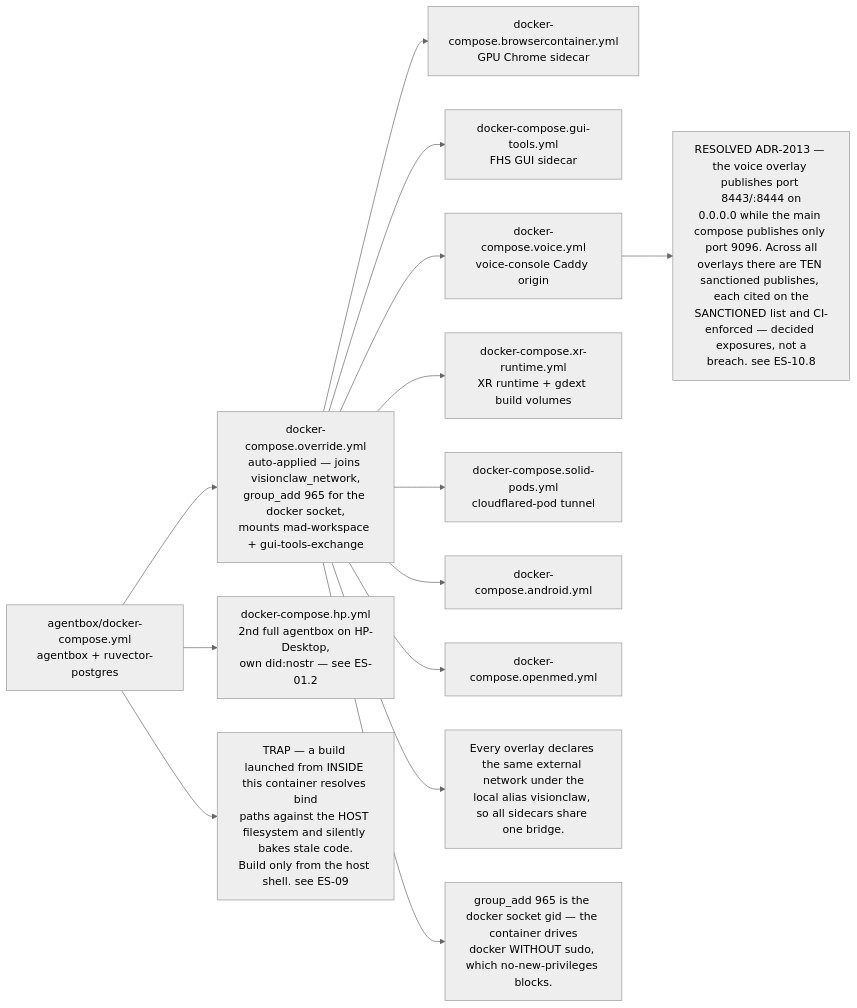
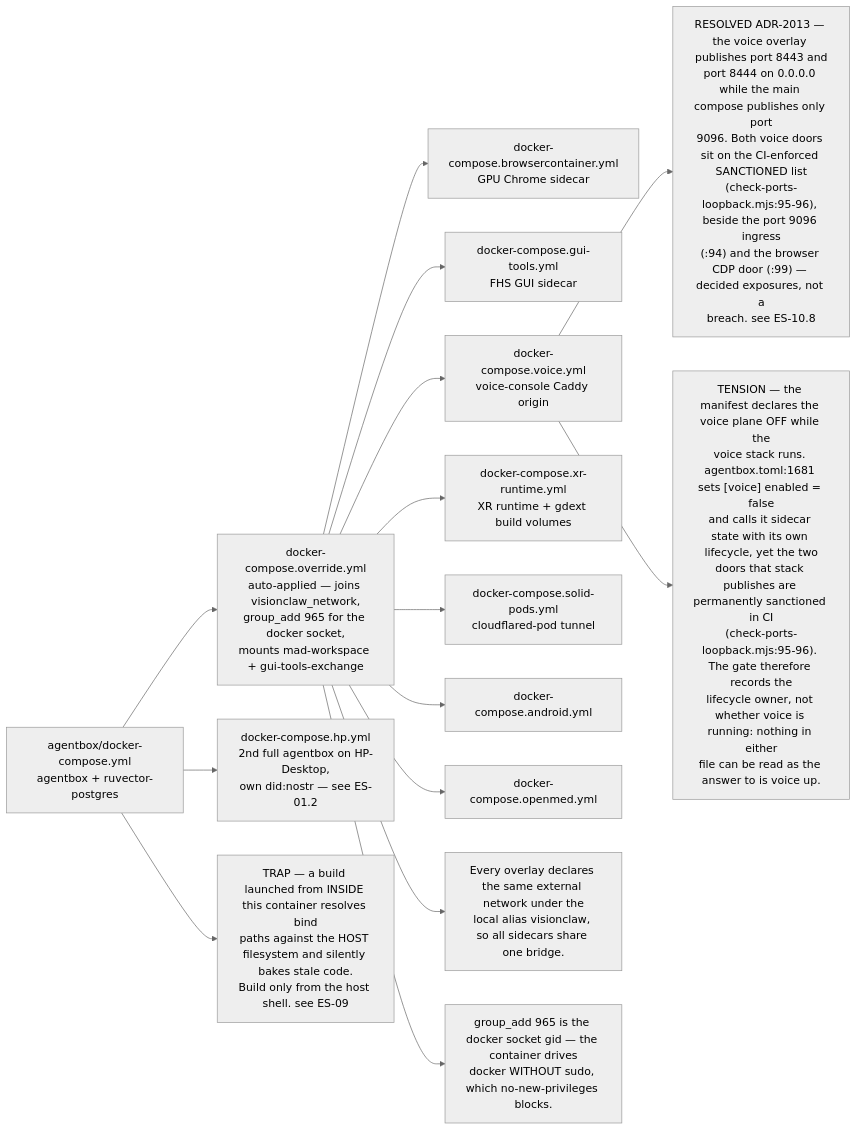
Before and after one commit to DreamLab-AI/VisionFlow: the fifth of 8 diagrams in docs/diagrams/estate/01-estate-topology.md, drawn with Mermaid (neutral theme). The commit also changed other lines of this file and 12 other files, not shown here.

````diff
--- a/docs/diagrams/estate/01-estate-topology.md
+++ b/docs/diagrams/estate/01-estate-topology.md
@@ -192,33 +202,35 @@
 ```mermaid
 flowchart LR
     BASE["agentbox/docker-compose.yml<br/>agentbox + ruvector-postgres"]
     OV["docker-compose.override.yml<br/>auto-applied — joins visionclaw_network,<br/>group_add 965 for the docker socket,<br/>mounts mad-workspace + gui-tools-exchange"]
     HP["docker-compose.hp.yml<br/>2nd full agentbox on HP-Desktop,<br/>own did:nostr — see ES-01.2"]
     BCF["docker-compose.browsercontainer.yml<br/>GPU Chrome sidecar"]
     GTF["docker-compose.gui-tools.yml<br/>FHS GUI sidecar"]
     VF["docker-compose.voice.yml<br/>voice-console Caddy origin"]
     XF["docker-compose.xr-runtime.yml<br/>XR runtime + gdext build volumes"]
     SPF["docker-compose.solid-pods.yml<br/>cloudflared-pod tunnel"]
     ANF["docker-compose.android.yml"]
     OMF["docker-compose.openmed.yml"]
 
     BASE --> OV
     OV --> BCF
     OV --> GTF
     OV --> VF
     OV --> XF
     OV --> SPF
     OV --> ANF
     OV --> OMF
     BASE --> HP
 
     N1["Every overlay declares the same external network under the<br/>local alias visionclaw, so all sidecars share one bridge."]
     N2["group_add 965 is the docker socket gid — the container drives<br/>docker WITHOUT sudo, which no-new-privileges blocks."]
-    D1["RESOLVED ADR-2013 — the voice overlay publishes port 8443/:8444 on<br/>0.0.0.0 while the main compose publishes only port 9096. Across all<br/>overlays there are TEN sanctioned publishes, each cited on the<br/>SANCTIONED list and CI-enforced — decided exposures, not a<br/>breach. see ES-10.8"]
+    D1["RESOLVED ADR-2013 — the voice overlay publishes port 8443 and<br/>port 8444 on 0.0.0.0 while the main compose publishes only port<br/>9096. Both voice doors sit on the CI-enforced SANCTIONED list<br/>(check-ports-loopback.mjs:95-96), beside the port 9096 ingress<br/>(:94) and the browser CDP door (:99) — decided exposures, not a<br/>breach. see ES-10.8"]
+    D3["TENSION — the manifest declares the voice plane OFF while the<br/>voice stack runs. agentbox.toml:1681 sets [voice] enabled = false<br/>and calls it sidecar state with its own lifecycle, yet the two<br/>doors that stack publishes are permanently sanctioned in CI<br/>(check-ports-loopback.mjs:95-96). The gate therefore records the<br/>lifecycle owner, not whether voice is running: nothing in either<br/>file can be read as the answer to is voice up."]
     D2["TRAP — a build launched from INSIDE this container resolves bind<br/>paths against the HOST filesystem and silently bakes stale code.<br/>Build only from the host shell. see ES-09"]
 
     OV --> N1
     OV --> N2
     VF --> D1
+    VF --> D3
     BASE --> D2
 ```
````
